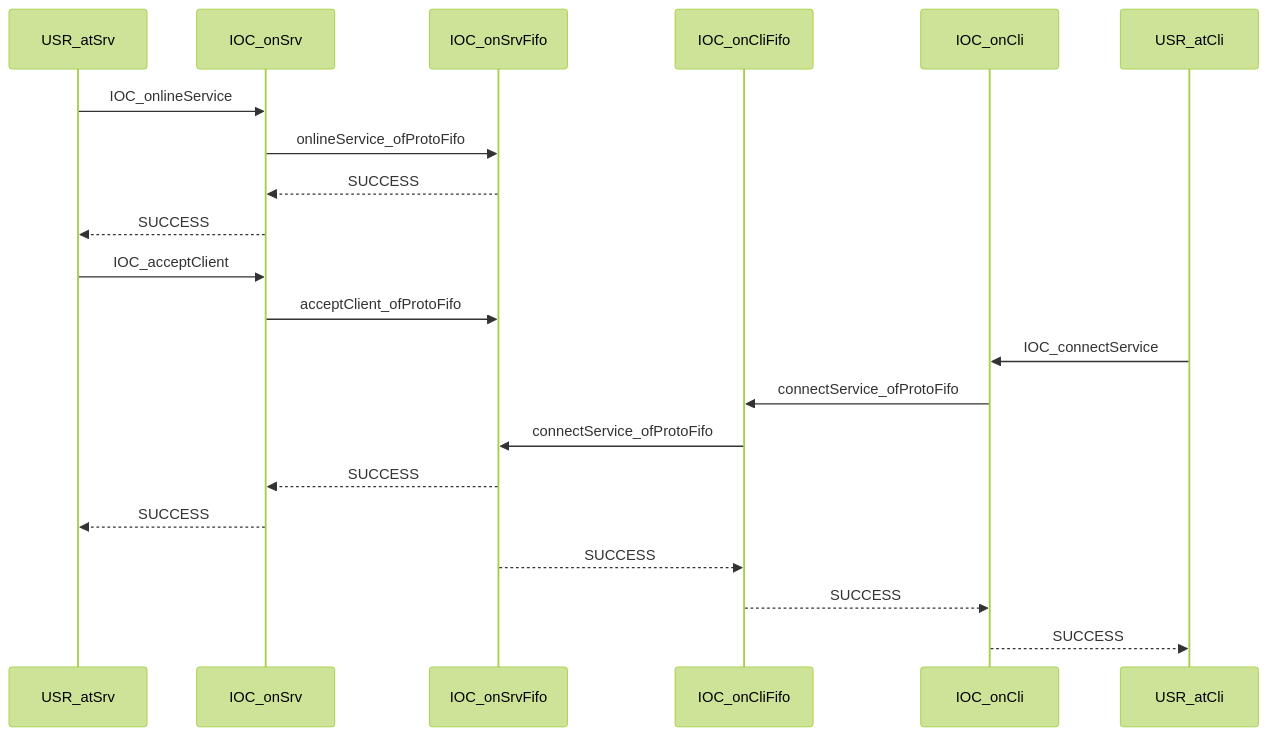
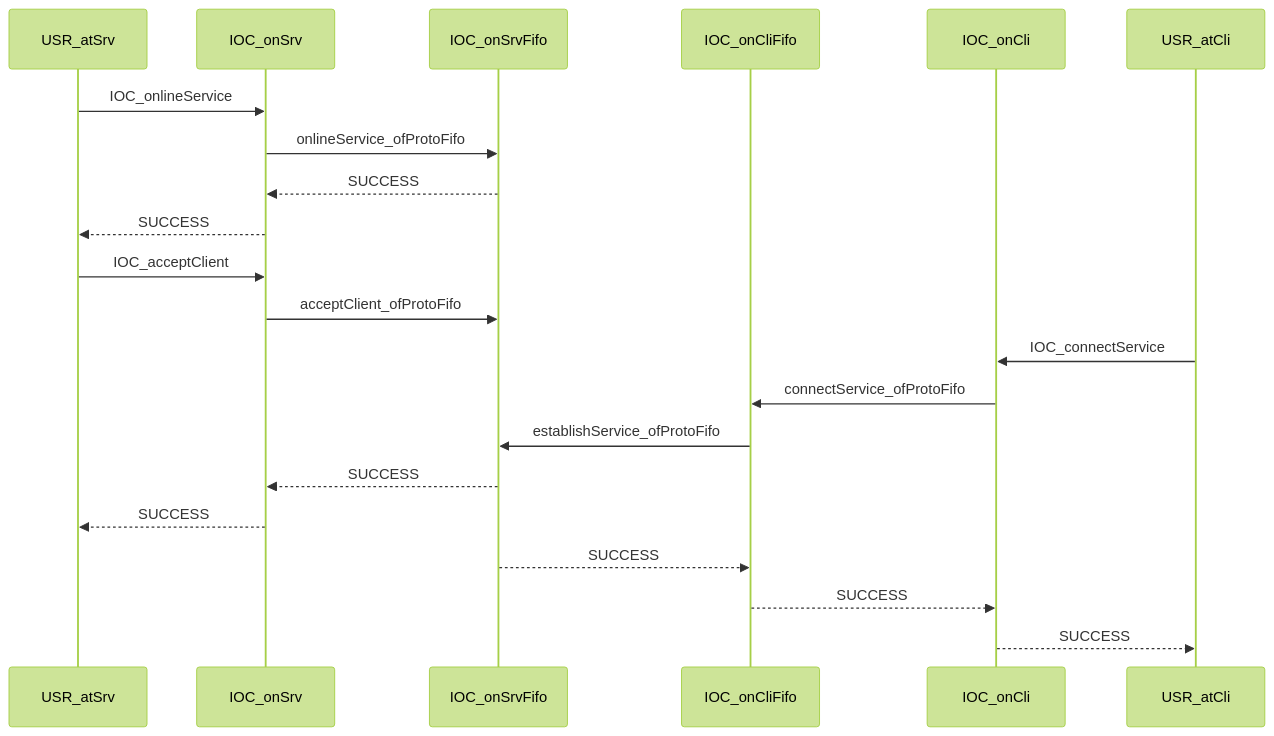
Before and after one commit to EnigmaWU/MyIOC_inTDD_withGHC: the first of 4 diagrams in Source/_IOC_SrvProtoFifo.md, drawn with Mermaid (forest theme). The commit also changed other lines of this file, not shown here.

Commit message:
更新_FIFO协议文档，修改连接服务的描述为建立服务，增强时序图的准确性

````diff
--- a/Source/_IOC_SrvProtoFifo.md
+++ b/Source/_IOC_SrvProtoFifo.md
@@ -4,28 +4,28 @@
 ```mermaid
 sequenceDiagram
     participant USR_atSrv 
     participant IOC_onSrv
     participant IOC_onSrvFifo 
     participant IOC_onCliFifo
     participant IOC_onCli
     participant USR_atCli
 
     USR_atSrv->>IOC_onSrv: IOC_onlineService
     IOC_onSrv->>IOC_onSrvFifo: onlineService_ofProtoFifo
     IOC_onSrvFifo-->>IOC_onSrv: SUCCESS
     IOC_onSrv-->>USR_atSrv: SUCCESS
 
     USR_atSrv->>IOC_onSrv: IOC_acceptClient
     IOC_onSrv->>IOC_onSrvFifo: acceptClient_ofProtoFifo
 
     USR_atCli->>IOC_onCli: IOC_connectService
     IOC_onCli->>IOC_onCliFifo: connectService_ofProtoFifo
-    IOC_onCliFifo->>IOC_onSrvFifo: connectService_ofProtoFifo
+    IOC_onCliFifo->>IOC_onSrvFifo: establishService_ofProtoFifo
 
     IOC_onSrvFifo-->>IOC_onSrv: SUCCESS
     IOC_onSrv-->>USR_atSrv: SUCCESS
 
     IOC_onSrvFifo-->>IOC_onCliFifo: SUCCESS
     IOC_onCliFifo-->>IOC_onCli: SUCCESS
     IOC_onCli-->>USR_atCli: SUCCESS
 ```
````
